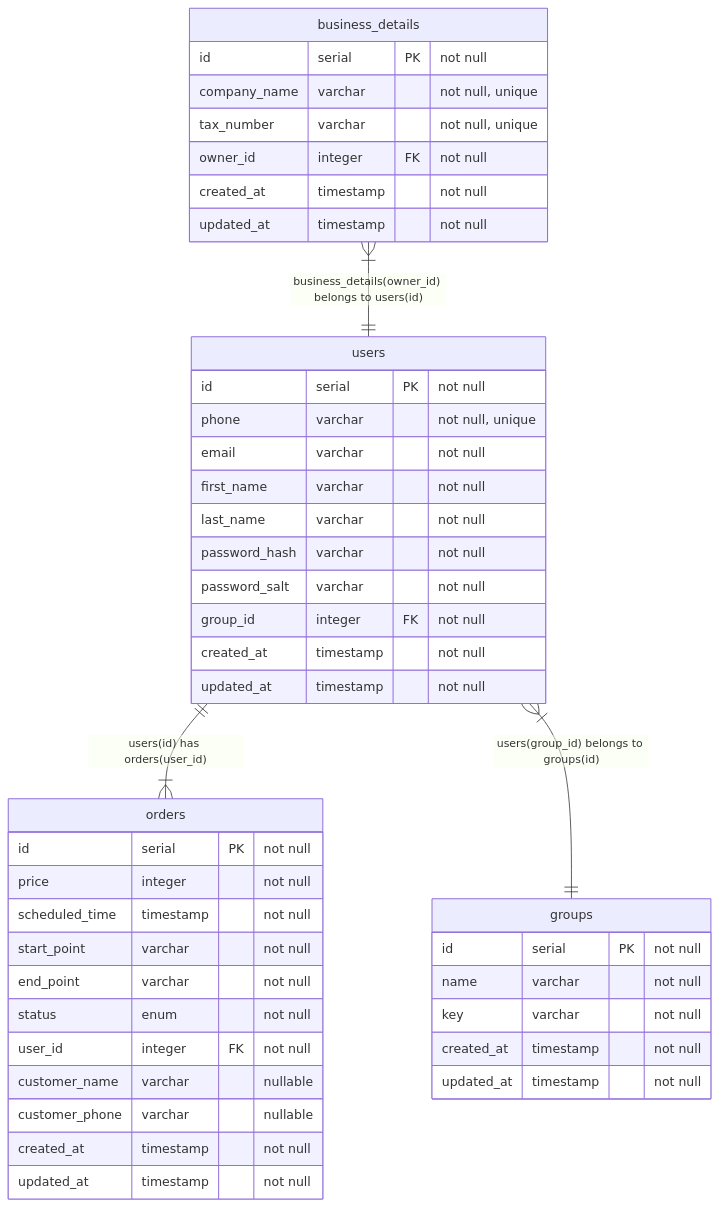
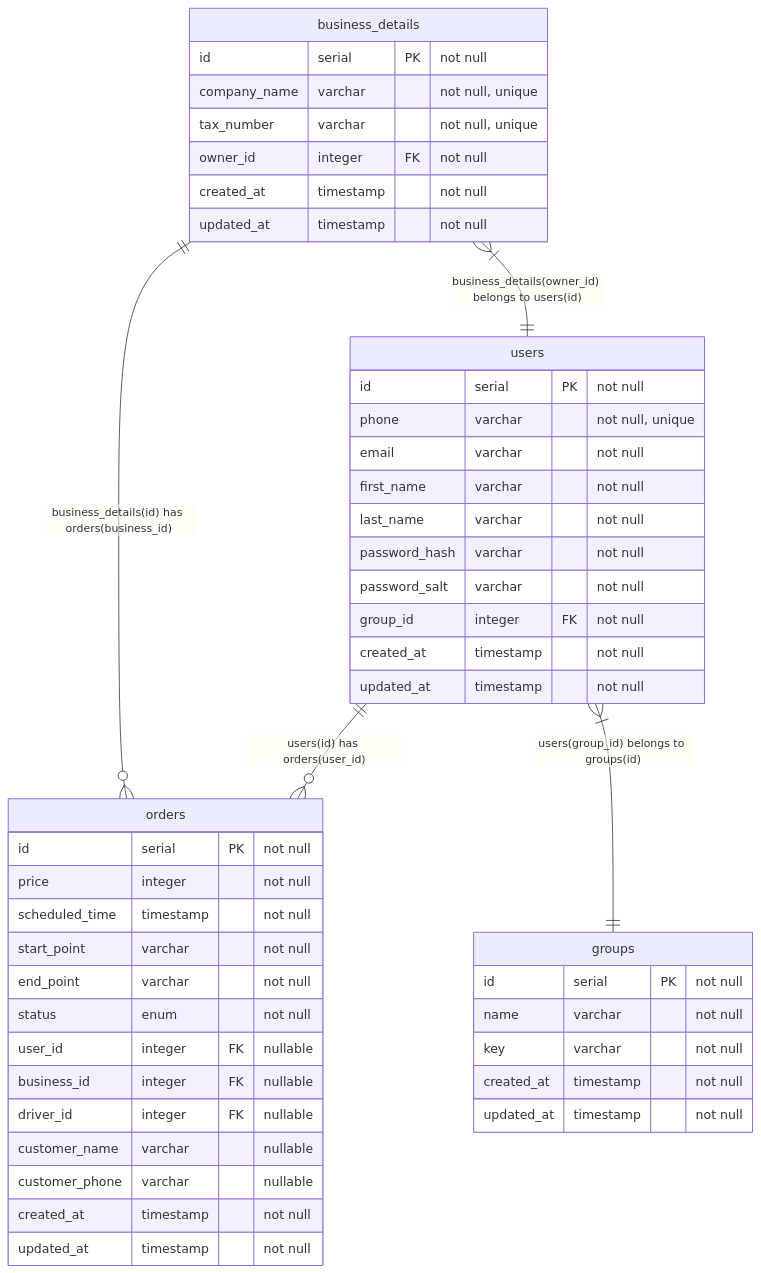
One commit to BinaryStudioAcademy/bsa-2023-towhub changed the diagram in readme.md. Above: the diagram before and after it, drawn with Mermaid. The commit also changed 13 other files, not shown here.

````diff
--- a/readme.md
+++ b/readme.md
@@ -45,54 +45,58 @@
 ```mermaid
 
 erDiagram
 
     users {
         id serial PK "not null"
         phone varchar "not null, unique"
         email varchar "not null"
         first_name varchar "not null"
         last_name varchar "not null"
         password_hash varchar "not null"
         password_salt varchar "not null"
         group_id integer FK "not null"
         created_at timestamp "not null"
         updated_at timestamp "not null"
     }
 
     groups {
         id serial PK "not null"
         name varchar "not null"
         key varchar "not null"
         created_at timestamp "not null"
         updated_at timestamp "not null"
     }
 
     business_details {
         id serial PK "not null"
         company_name varchar "not null, unique"
         tax_number varchar "not null, unique"
         owner_id integer FK "not null"
         created_at timestamp "not null"
         updated_at timestamp "not null"
     }
 
     orders {
         id serial PK "not null"
         price integer "not null"
         scheduled_time timestamp "not null"
         start_point varchar "not null"
         end_point varchar "not null"
         status enum "not null"
-        user_id integer FK "not null"
+        user_id integer FK "nullable"
+        business_id integer FK "nullable"
+        driver_id integer FK "nullable"
         customer_name varchar "nullable"
         customer_phone varchar "nullable"
         created_at timestamp "not null"
         updated_at timestamp "not null"
     }
 
 
-    users one -- one or many orders: "users(id) has orders(user_id)"
+    users one -- zero or many orders: "users(id) has orders(user_id)"
     users one or many -- one groups: "users(group_id) belongs to groups(id)"
+    business_details one -- zero or many orders: "business_details(id) has orders(business_id)"
     business_details one or many -- one users: "business_details(owner_id) belongs to users(id)"
 
+
 ```
````
